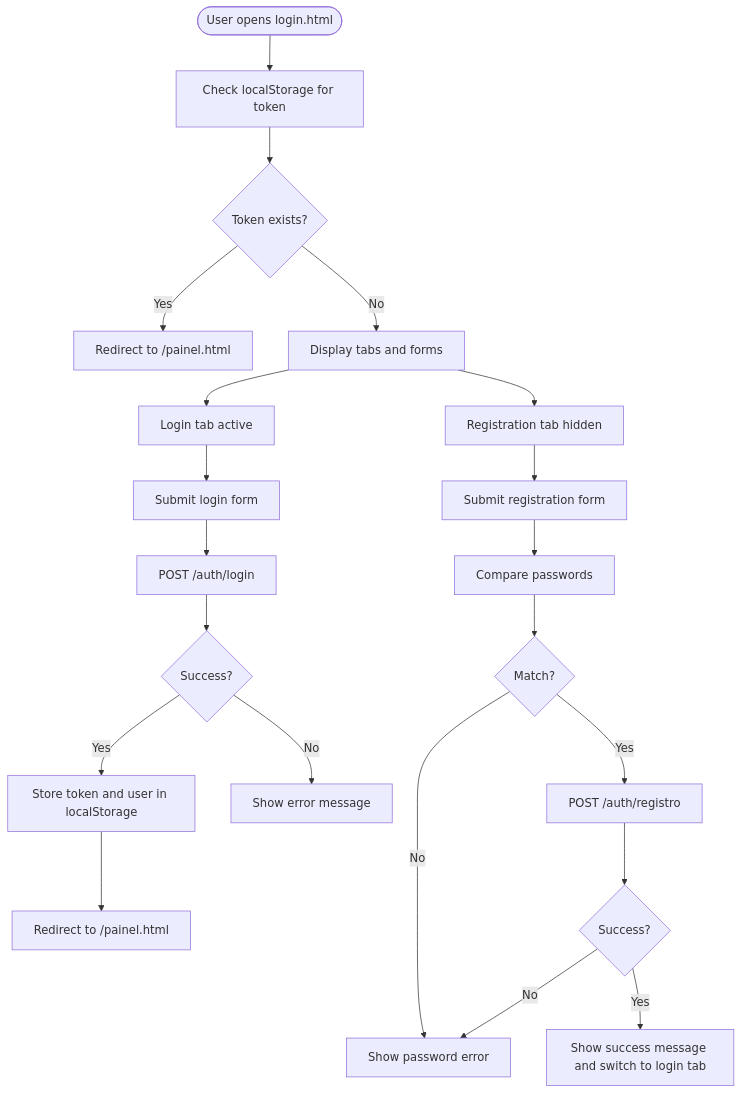
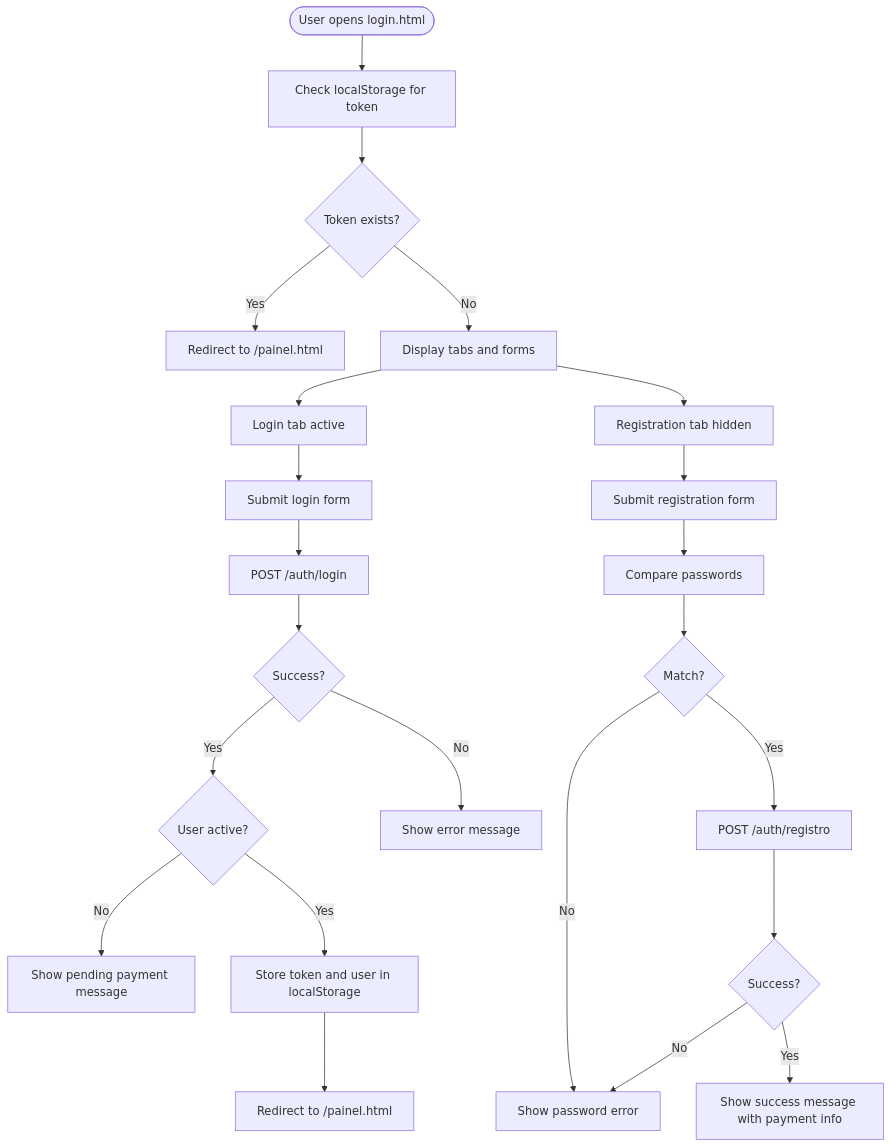
The fourth of 9 diagrams in .qoder/repowiki/en/content/Frontend Interface/Frontend Interface.md (Alexandrexicara/bot-processos), drawn with Mermaid before and after one commit. The commit also changed other lines of this file and 4 other files, not shown here.

````diff
--- a/.qoder/repowiki/en/content/Frontend Interface/Frontend Interface.md
+++ b/.qoder/repowiki/en/content/Frontend Interface/Frontend Interface.md
@@ -225,23 +233,25 @@
 ```mermaid
 flowchart TD
 Start(["User opens login.html"]) --> CheckToken["Check localStorage for token"]
 CheckToken --> HasToken{"Token exists?"}
 HasToken --> |Yes| Redirect["Redirect to /painel.html"]
 HasToken --> |No| ShowTabs["Display tabs and forms"]
 ShowTabs --> LoginTab["Login tab active"]
 ShowTabs --> RegTab["Registration tab hidden"]
 LoginTab --> SubmitLogin["Submit login form"]
 SubmitLogin --> PostLogin["POST /auth/login"]
 PostLogin --> LoginOK{"Success?"}
-LoginOK --> |Yes| StoreToken["Store token and user in localStorage"]
+LoginOK --> |Yes| CheckActive{"User active?"}
+CheckActive --> |No| ShowPending["Show pending payment message"]
+CheckActive --> |Yes| StoreToken["Store token and user in localStorage"]
 StoreToken --> GoDashboard["Redirect to /painel.html"]
 LoginOK --> |No| ShowLoginErr["Show error message"]
 RegTab --> SubmitReg["Submit registration form"]
 SubmitReg --> ValidatePass["Compare passwords"]
 ValidatePass --> PassMatch{"Match?"}
 PassMatch --> |No| ShowRegErr["Show password error"]
 PassMatch --> |Yes| PostReg["POST /auth/registro"]
 PostReg --> RegOK{"Success?"}
-RegOK --> |Yes| ShowRegSuccess["Show success message and switch to login tab"]
+RegOK --> |Yes| ShowRegSuccess["Show success message with payment info"]
 RegOK --> |No| ShowRegErr
 ```
````
